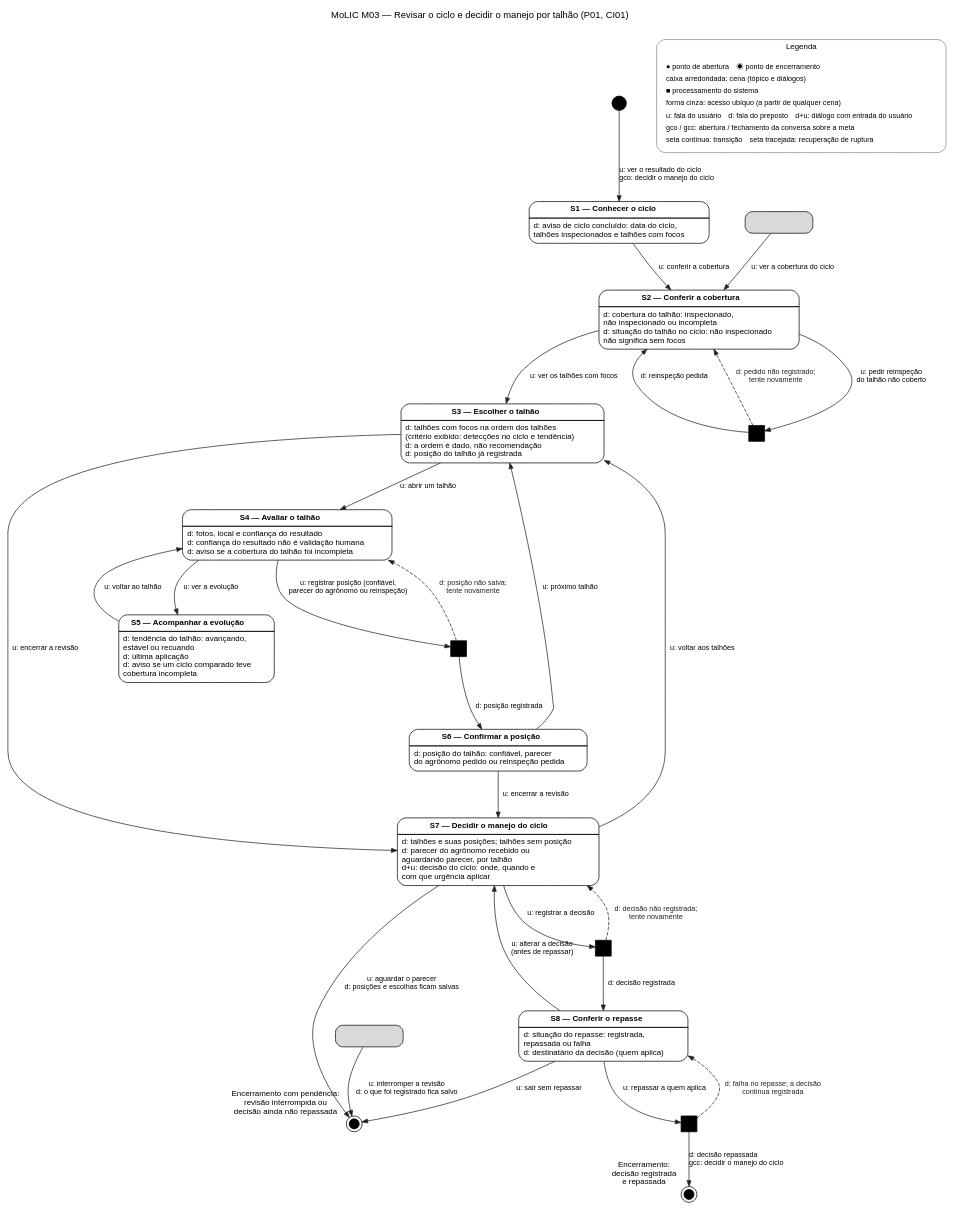
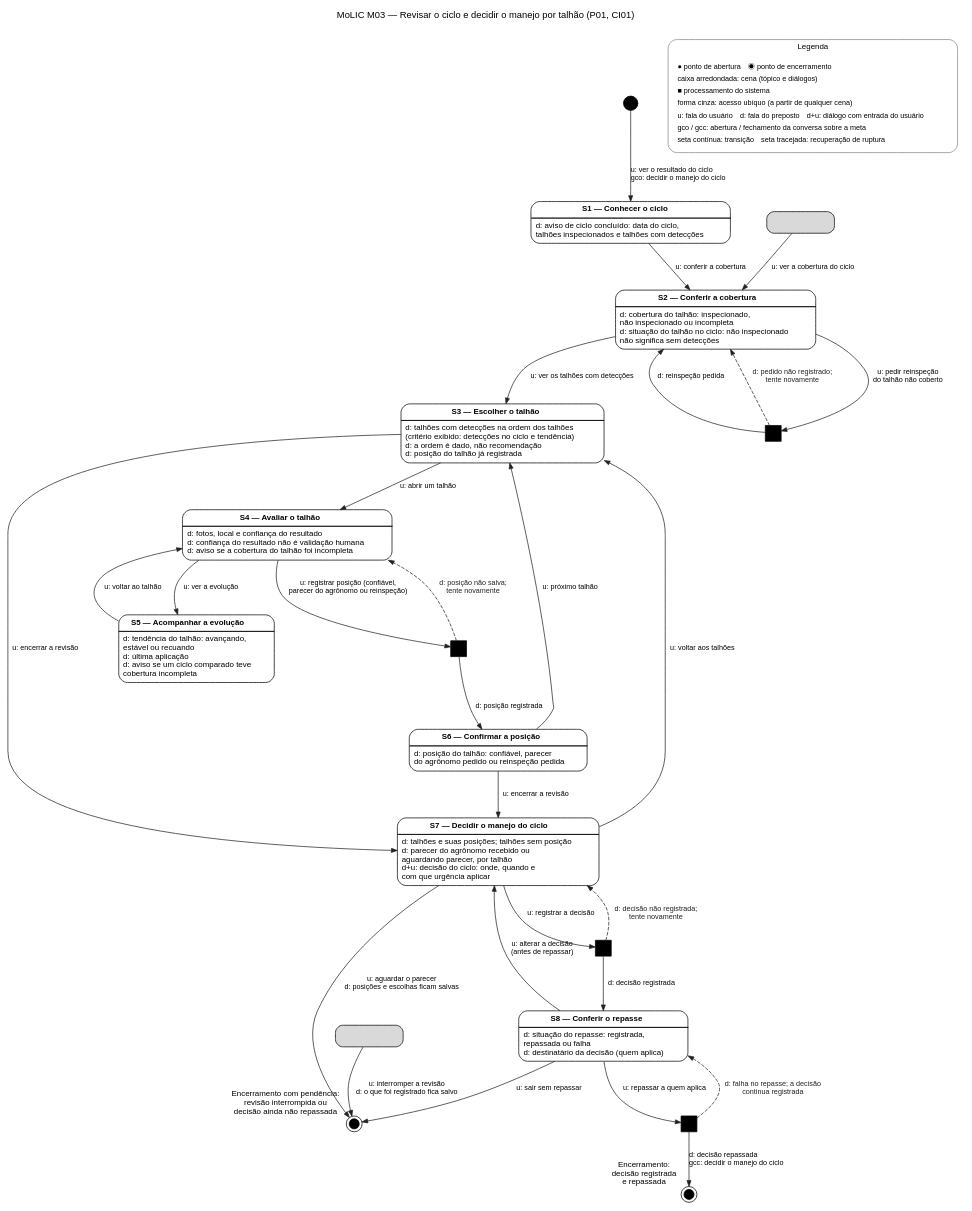
Before and after one commit to PedroHValim/Orange_Box: the diagram in assets/10_molic/molic_m03.dot, drawn with Graphviz. The commit also changed 4 other files, not shown here.

```diff
--- a/assets/10_molic/molic_m03.dot
+++ b/assets/10_molic/molic_m03.dot
@@ -1,100 +1,100 @@
 // MoLIC M03 — Revisar o ciclo e decidir o manejo por talhão (P01 / CI01)
 // Gerar: dot -Tsvg molic_m03.dot -o molic_m03.svg ; dot -Tpng -Gdpi=110 molic_m03.dot -o molic_m03.png
 digraph M03 {
   graph [rankdir=TB, fontname="Helvetica", fontsize=13, nodesep=0.7, ranksep=0.75, splines=spline,
          labelloc=t, label="MoLIC M03 — Revisar o ciclo e decidir o manejo por talhão (P01, CI01)\n ", bgcolor="white"];
   node  [fontname="Helvetica", fontsize=11];
   edge  [fontname="Helvetica", fontsize=10, color="#222222", arrowsize=0.8];
 
   // abertura e encerramentos
   ini  [shape=circle, style=filled, fillcolor=black, label="", width=0.28, fixedsize=true];
   fimOK  [shape=doublecircle, style=filled, fillcolor=black, label="", width=0.2, fixedsize=true,
           xlabel="Encerramento:\ndecisão registrada\ne repassada"];
   fimPend [shape=doublecircle, style=filled, fillcolor=black, label="", width=0.2, fixedsize=true,
           xlabel="Encerramento com pendência:\nrevisão interrompida ou\ndecisão ainda não repassada"];
 
   // cenas
   node [shape=plain];
   S1 [label=<<table border="1" cellborder="0" cellspacing="0" cellpadding="5" style="rounded" bgcolor="#FFFFFF">
      <tr><td><b>S1 — Conhecer o ciclo</b></td></tr><hr/>
-     <tr><td align="left">d: aviso de ciclo concluído: data do ciclo,<br align="left"/>talhões inspecionados e talhões com focos<br align="left"/></td></tr></table>>];
+     <tr><td align="left">d: aviso de ciclo concluído: data do ciclo,<br align="left"/>talhões inspecionados e talhões com detecções<br align="left"/></td></tr></table>>];
   S2 [label=<<table border="1" cellborder="0" cellspacing="0" cellpadding="5" style="rounded" bgcolor="#FFFFFF">
      <tr><td><b>S2 — Conferir a cobertura</b></td></tr><hr/>
-     <tr><td align="left">d: cobertura do talhão: inspecionado,<br align="left"/>não inspecionado ou incompleta<br align="left"/>d: situação do talhão no ciclo: não inspecionado<br align="left"/>não significa sem focos<br align="left"/></td></tr></table>>];
+     <tr><td align="left">d: cobertura do talhão: inspecionado,<br align="left"/>não inspecionado ou incompleta<br align="left"/>d: situação do talhão no ciclo: não inspecionado<br align="left"/>não significa sem detecções<br align="left"/></td></tr></table>>];
   S3 [label=<<table border="1" cellborder="0" cellspacing="0" cellpadding="5" style="rounded" bgcolor="#FFFFFF">
      <tr><td><b>S3 — Escolher o talhão</b></td></tr><hr/>
-     <tr><td align="left">d: talhões com focos na ordem dos talhões<br align="left"/>(critério exibido: detecções no ciclo e tendência)<br align="left"/>d: a ordem é dado, não recomendação<br align="left"/>d: posição do talhão já registrada<br align="left"/></td></tr></table>>];
+     <tr><td align="left">d: talhões com detecções na ordem dos talhões<br align="left"/>(critério exibido: detecções no ciclo e tendência)<br align="left"/>d: a ordem é dado, não recomendação<br align="left"/>d: posição do talhão já registrada<br align="left"/></td></tr></table>>];
   S4 [label=<<table border="1" cellborder="0" cellspacing="0" cellpadding="5" style="rounded" bgcolor="#FFFFFF">
      <tr><td><b>S4 — Avaliar o talhão</b></td></tr><hr/>
      <tr><td align="left">d: fotos, local e confiança do resultado<br align="left"/>d: confiança do resultado não é validação humana<br align="left"/>d: aviso se a cobertura do talhão foi incompleta<br align="left"/></td></tr></table>>];
   S5 [label=<<table border="1" cellborder="0" cellspacing="0" cellpadding="5" style="rounded" bgcolor="#FFFFFF">
      <tr><td><b>S5 — Acompanhar a evolução</b></td></tr><hr/>
      <tr><td align="left">d: tendência do talhão: avançando,<br align="left"/>estável ou recuando<br align="left"/>d: última aplicação<br align="left"/>d: aviso se um ciclo comparado teve<br align="left"/>cobertura incompleta<br align="left"/></td></tr></table>>];
   S6 [label=<<table border="1" cellborder="0" cellspacing="0" cellpadding="5" style="rounded" bgcolor="#FFFFFF">
      <tr><td><b>S6 — Confirmar a posição</b></td></tr><hr/>
      <tr><td align="left">d: posição do talhão: confiável, parecer<br align="left"/>do agrônomo pedido ou reinspeção pedida<br align="left"/></td></tr></table>>];
   S7 [label=<<table border="1" cellborder="0" cellspacing="0" cellpadding="5" style="rounded" bgcolor="#FFFFFF">
      <tr><td><b>S7 — Decidir o manejo do ciclo</b></td></tr><hr/>
      <tr><td align="left">d: talhões e suas posições; talhões sem posição<br align="left"/>d: parecer do agrônomo recebido ou<br align="left"/>aguardando parecer, por talhão<br align="left"/>d+u: decisão do ciclo: onde, quando e<br align="left"/>com que urgência aplicar<br align="left"/></td></tr></table>>];
   S8 [label=<<table border="1" cellborder="0" cellspacing="0" cellpadding="5" style="rounded" bgcolor="#FFFFFF">
      <tr><td><b>S8 — Conferir o repasse</b></td></tr><hr/>
      <tr><td align="left">d: situação do repasse: registrada,<br align="left"/>repassada ou falha<br align="left"/>d: destinatário da decisão (quem aplica)<br align="left"/></td></tr></table>>];
 
   // processamentos do sistema (caixa preta)
   node [shape=box, style=filled, fillcolor=black, label="", width=0.3, height=0.3, fixedsize=true];
   P1; P2; P3; P4;
 
   // acessos ubíquos
   node [shape=box, style="rounded,filled", fillcolor="#D9D9D9", fixedsize=false, width=0, height=0, fontsize=10];
   U1 [label="", width=1.3, height=0.42, fixedsize=true];
   U2 [label="", width=1.3, height=0.42, fixedsize=true];
 
   // caminho principal
   ini -> S1 [label=" u: ver o resultado do ciclo\l gco: decidir o manejo do ciclo\l"];
   S1 -> S2 [label=" u: conferir a cobertura"];
-  S2 -> S3 [label=" u: ver os talhões com focos"];
+  S2 -> S3 [label=" u: ver os talhões com detecções"];
   S3 -> S4 [label=" u: abrir um talhão"];
   S4 -> P2 [label=" u: registrar posição (confiável,\n parecer do agrônomo ou reinspeção)"];
   P2 -> S6 [label=" d: posição registrada"];
   S6 -> S3 [label=" u: próximo talhão"];
   S6 -> S7 [label=" u: encerrar a revisão"];
   S3 -> S7 [label=" u: encerrar a revisão"];
   S7 -> P3 [label=" u: registrar a decisão"];
   P3 -> S8 [label=" d: decisão registrada"];
   S8 -> P4 [label=" u: repassar a quem aplica"];
   P4 -> fimOK [label=" d: decisão repassada\l gcc: decidir o manejo do ciclo\l"];
 
   // alternativas
   S2 -> P1 [label=" u: pedir reinspeção\n do talhão não coberto"];
   P1 -> S2 [label=" d: reinspeção pedida"];
   S4 -> S5 [label=" u: ver a evolução"];
   S5 -> S4 [label=" u: voltar ao talhão"];
   S7 -> S3 [label=" u: voltar aos talhões"];
   S8 -> S7 [label=" u: alterar a decisão\n (antes de repassar)"];
   S8 -> fimPend [label=" u: sair sem repassar"];
   S7 -> fimPend [label=" u: aguardar o parecer\n d: posições e escolhas ficam salvas"];
   U1 -> S2 [label=" u: ver a cobertura do ciclo"];
   U2 -> fimPend [label=" u: interromper a revisão\n d: o que foi registrado fica salvo"];
 
   // rupturas e recuperação (tracejado)
   edge [style=dashed, color="#222222", fontcolor="#222222"];
   P1 -> S2 [label=" d: pedido não registrado;\n tente novamente"];
   P2 -> S4 [label=" d: posição não salva;\n tente novamente"];
   P3 -> S7 [label=" d: decisão não registrada;\n tente novamente"];
   P4 -> S8 [label=" d: falha no repasse; a decisão\n continua registrada"];
 
   // legenda
   subgraph cluster_leg {
     label="Legenda"; fontsize=11; color="#888888"; style=rounded;
     node [shape=plain, style="", fontsize=10];
     leg [label=<<table border="0" cellspacing="2" cellpadding="2">
       <tr><td align="left">● ponto de abertura　◉ ponto de encerramento</td></tr>
       <tr><td align="left">caixa arredondada: cena (tópico e diálogos)</td></tr>
       <tr><td align="left">■ processamento do sistema</td></tr>
       <tr><td align="left">forma cinza: acesso ubíquo (a partir de qualquer cena)</td></tr>
       <tr><td align="left">u: fala do usuário　d: fala do preposto　d+u: diálogo com entrada do usuário</td></tr>
       <tr><td align="left">gco / gcc: abertura / fechamento da conversa sobre a meta</td></tr>
       <tr><td align="left">seta contínua: transição　seta tracejada: recuperação de ruptura</td></tr>
     </table>>];
   }
 }
```
